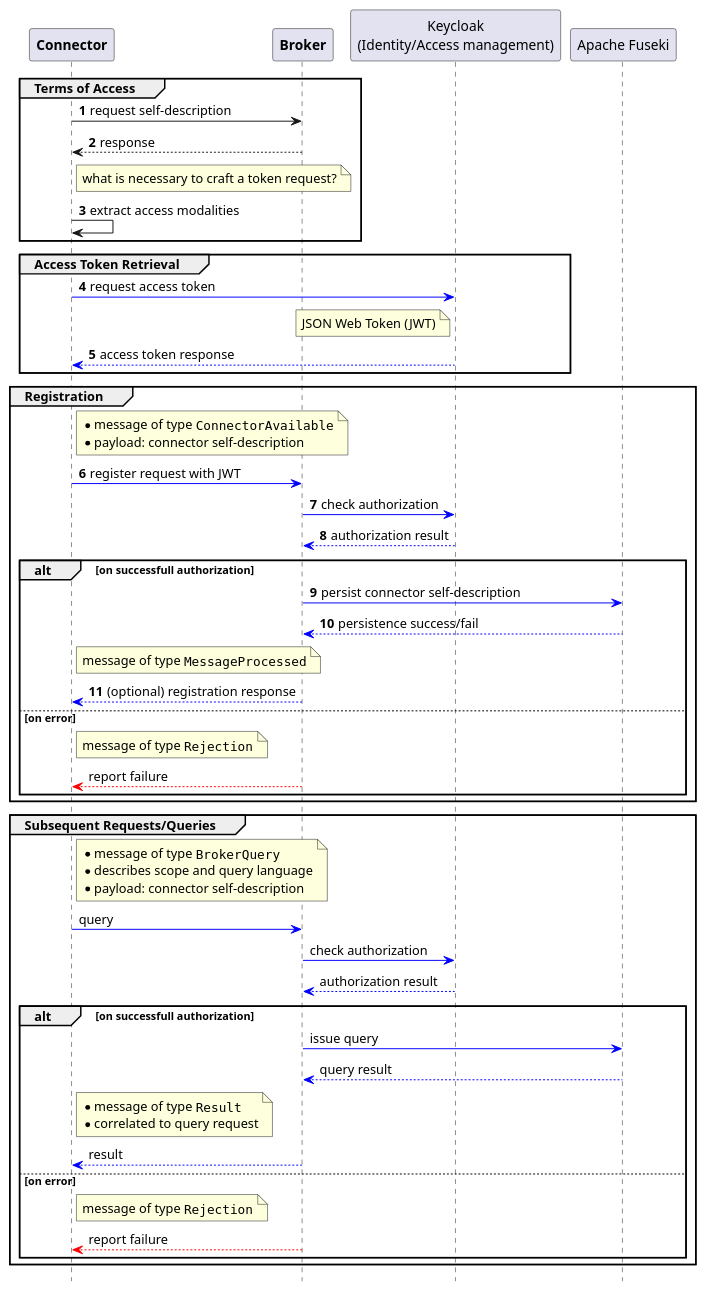
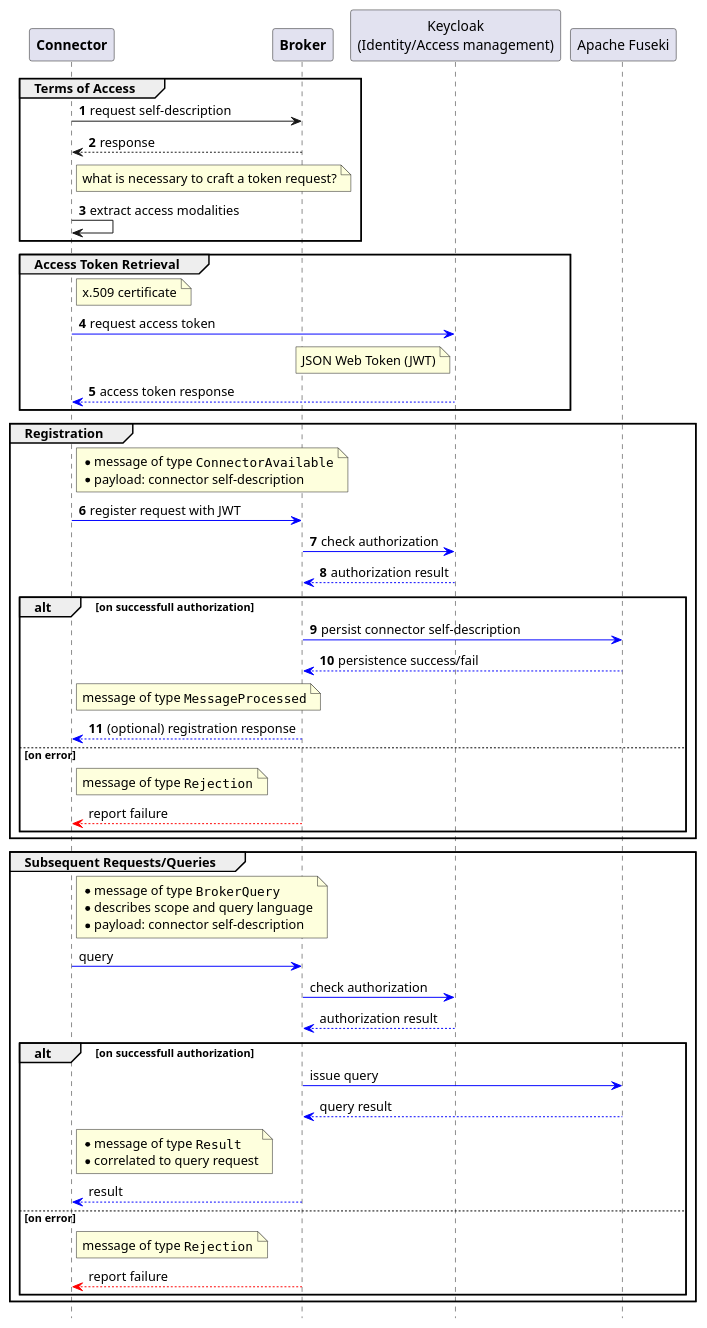
The diagram in connector_broker_interaction_http.plantuml (IndustrialDataSpace/Documentation), drawn with PlantUML before and after one commit.

Commit message:
add note covering the certificate

```diff
--- a/connector_broker_interaction_http.plantuml
+++ b/connector_broker_interaction_http.plantuml
@@ -1,69 +1,70 @@
 @startuml
 participant "**Connector**" as C
 participant "**Broker**" as B
 participant "Keycloak\n(Identity/Access management)" as K
 participant "Apache Fuseki" as F
 
 autonumber
 hide footbox
 
 group Terms of Access
     C -> B : request self-description
     C <-- B : response
 
     note right of C: what is necessary to craft a token request?
     C -> C : extract access modalities
 end
 
 group Access Token Retrieval
+    note right of C: x.509 certificate
     C -[#blue]> K : request access token
 
     note left of K: JSON Web Token (JWT)
     K --[#blue]> C : access token response
 end
 
 group Registration
     note right of C: *message of type ""ConnectorAvailable""\n*payload: connector self-description
     C -[#blue]> B : register request with JWT
 
     B -[#blue]> K : check authorization
     K --[#blue]> B : authorization result
 
     alt on successfull authorization
         B -[#blue]> F : persist connector self-description
         F --[#blue]> B : persistence success/fail
 
 
         note right of C: message of type ""MessageProcessed""
         B --[#blue]> C : (optional) registration response
 
     else on error
         autonumber stop
         note right of C: message of type ""Rejection""
         B --[#red]> C : report failure
     end
 end
 
 group Subsequent Requests/Queries
     note right of C: *message of type ""BrokerQuery""\n*describes scope and query language\n*payload: connector self-description
     C -[#blue]> B : query
 
     B -[#blue]> K : check authorization
     K --[#blue]> B : authorization result
 
     alt on successfull authorization
         B -[#blue]> F : issue query
         F --[#blue]> B : query result
 
 
         note right of C: *message of type ""Result""\n*correlated to query request
         B --[#blue]> C : result
 
     else on error
         autonumber stop
         note right of C: message of type ""Rejection""
         B --[#red]> C : report failure
     end
 end
 
 @enduml
```
